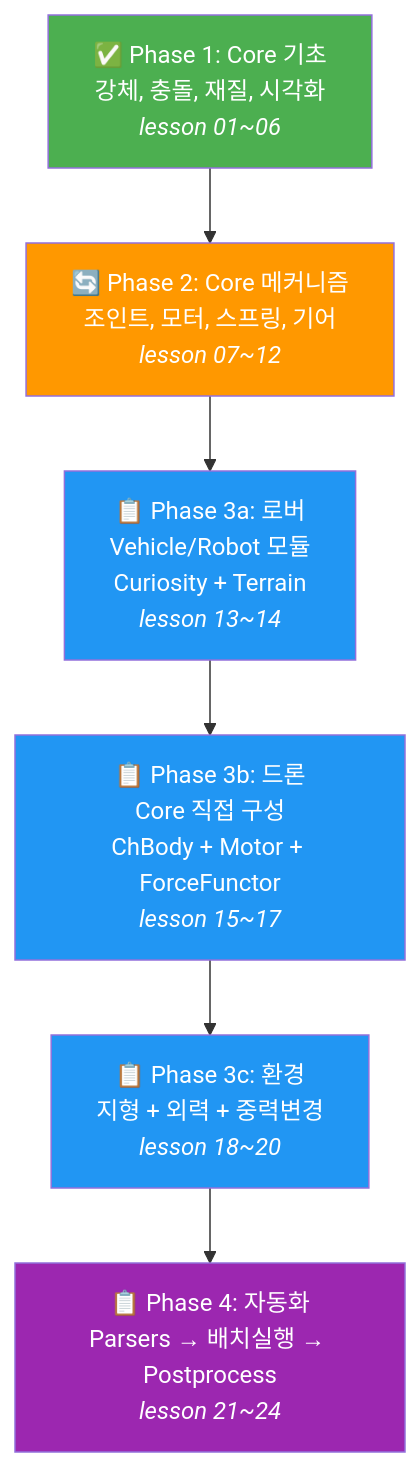
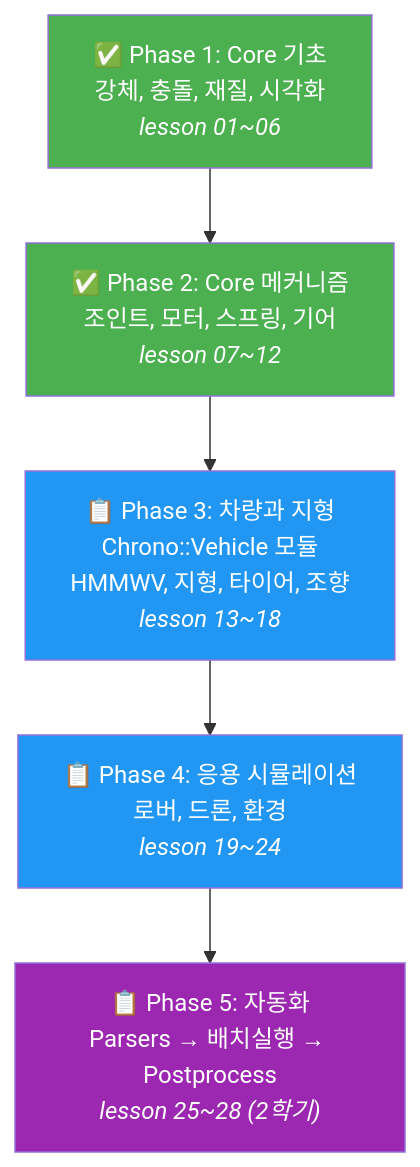
The fourth of 4 diagrams in docs/index.md (Poesy-Lab/Project_Chrono_Practice), drawn with Mermaid before and after one commit. The commit also changed 14 other files, not shown here.

````diff
--- a/docs/index.md
+++ b/docs/index.md
@@ -194,18 +194,16 @@
 ```mermaid
 flowchart TD
     P1["✅ Phase 1: Core 기초<br/>강체, 충돌, 재질, 시각화<br/><i>lesson 01~06</i>"]
-    P2["🔄 Phase 2: Core 메커니즘<br/>조인트, 모터, 스프링, 기어<br/><i>lesson 07~12</i>"]
-    P3R["📋 Phase 3a: 로버<br/>Vehicle/Robot 모듈<br/>Curiosity + Terrain<br/><i>lesson 13~14</i>"]
-    P3D["📋 Phase 3b: 드론<br/>Core 직접 구성<br/>ChBody + Motor + ForceFunctor<br/><i>lesson 15~17</i>"]
-    P3E["📋 Phase 3c: 환경<br/>지형 + 외력 + 중력변경<br/><i>lesson 18~20</i>"]
-    P4["📋 Phase 4: 자동화<br/>Parsers → 배치실행 → Postprocess<br/><i>lesson 21~24</i>"]
+    P2["✅ Phase 2: Core 메커니즘<br/>조인트, 모터, 스프링, 기어<br/><i>lesson 07~12</i>"]
+    P3["📋 Phase 3: 차량과 지형<br/>Chrono::Vehicle 모듈<br/>HMMWV, 지형, 타이어, 조향<br/><i>lesson 13~18</i>"]
+    P4["📋 Phase 4: 응용 시뮬레이션<br/>로버, 드론, 환경<br/><i>lesson 19~24</i>"]
+    P5["📋 Phase 5: 자동화<br/>Parsers → 배치실행 → Postprocess<br/><i>lesson 25~28 (2학기)</i>"]
 
-    P1 --> P2 --> P3R --> P3D --> P3E --> P4
+    P1 --> P2 --> P3 --> P4 --> P5
 
     style P1 fill:#4caf50,color:#fff
-    style P2 fill:#ff9800,color:#fff
-    style P3R fill:#2196f3,color:#fff
-    style P3D fill:#2196f3,color:#fff
-    style P3E fill:#2196f3,color:#fff
-    style P4 fill:#9c27b0,color:#fff
+    style P2 fill:#4caf50,color:#fff
+    style P3 fill:#2196f3,color:#fff
+    style P4 fill:#2196f3,color:#fff
+    style P5 fill:#9c27b0,color:#fff
 ```
````
